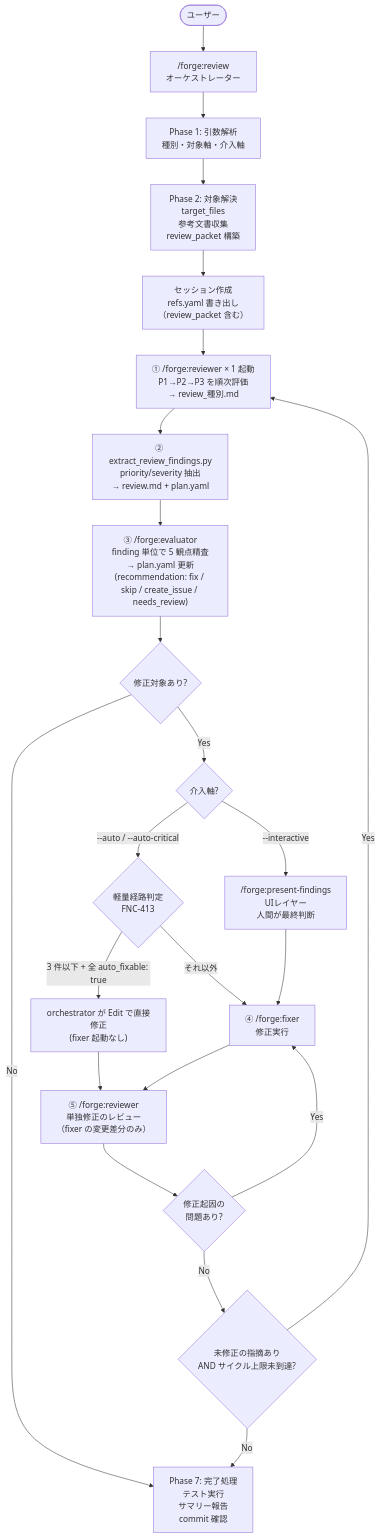
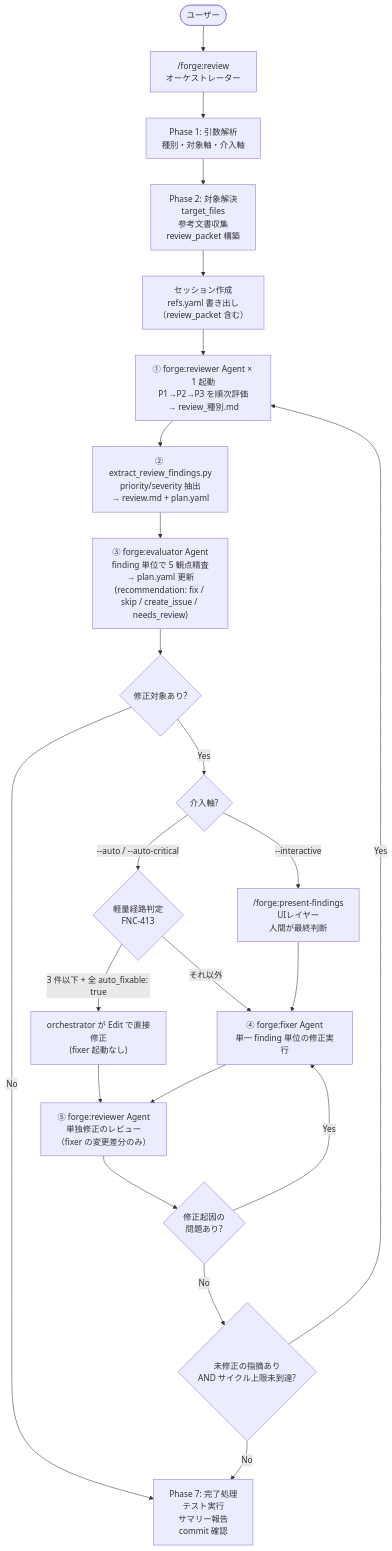
Before and after one commit to BlueEventHorizon/bw-cc-plugins: the first of 2 diagrams in docs/specs/forge/design/DES-015_review_workflow_design.md, drawn with Mermaid. The commit also changed other lines of this file and 19 other files, not shown here.

````diff
--- a/docs/specs/forge/design/DES-015_review_workflow_design.md
+++ b/docs/specs/forge/design/DES-015_review_workflow_design.md
@@ -56,43 +58,43 @@
 ```mermaid
 flowchart TD
     User([ユーザー]) --> ORCHESTRATOR
 
     ORCHESTRATOR["/forge:review<br>オーケストレーター"] --> PARSE
 
     PARSE["Phase 1: 引数解析<br>種別・対象軸・介入軸"] --> RESOLVE
 
     RESOLVE["Phase 2: 対象解決<br>target_files<br>参考文書収集<br>review_packet 構築"] --> SESSION
 
     SESSION["セッション作成<br>refs.yaml 書き出し<br>（review_packet 含む）"] --> REVIEWERS
 
-    REVIEWERS["① /forge:reviewer × 1 起動<br>P1→P2→P3 を順次評価<br>→ review_種別.md"] --> EXTRACT
+    REVIEWERS["① forge:reviewer Agent × 1 起動<br>P1→P2→P3 を順次評価<br>→ review_種別.md"] --> EXTRACT
 
     EXTRACT["② extract_review_findings.py<br>priority/severity 抽出<br>→ review.md + plan.yaml"] --> EVALUATORS
 
-    EVALUATORS["③ /forge:evaluator<br>finding 単位で 5 観点精査<br>→ plan.yaml 更新<br>(recommendation: fix / skip / create_issue / needs_review)"] --> FIX_CHECK
+    EVALUATORS["③ forge:evaluator Agent<br>finding 単位で 5 観点精査<br>→ plan.yaml 更新<br>(recommendation: fix / skip / create_issue / needs_review)"] --> FIX_CHECK
 
     FIX_CHECK{修正対象あり?} -->|"No"| COMPLETE
     FIX_CHECK -->|"Yes"| MODE_CHECK
 
     MODE_CHECK{介入軸?} -->|"--interactive"| PRESENT
     MODE_CHECK -->|"--auto / --auto-critical"| LIGHT_CHECK
 
     LIGHT_CHECK{軽量経路判定<br>FNC-413} -->|"3 件以下 + 全 auto_fixable: true"| DIRECT_EDIT
     LIGHT_CHECK -->|"それ以外"| FIXER
 
     DIRECT_EDIT["orchestrator が Edit で直接修正<br>(fixer 起動なし)"] --> RE_REVIEW
 
     PRESENT["/forge:present-findings<br>UIレイヤー<br>人間が最終判断"] --> FIXER
 
-    FIXER["④ /forge:fixer<br>修正実行"] --> RE_REVIEW
+    FIXER["④ forge:fixer Agent<br>単一 finding 単位の修正実行"] --> RE_REVIEW
 
-    RE_REVIEW["⑤ /forge:reviewer<br>単独修正のレビュー<br>（fixer の変更差分のみ）"] --> FIX_ISSUE_CHECK
+    RE_REVIEW["⑤ forge:reviewer Agent<br>単独修正のレビュー<br>（fixer の変更差分のみ）"] --> FIX_ISSUE_CHECK
 
     FIX_ISSUE_CHECK{修正起因の<br>問題あり?} -->|"Yes"| FIXER
     FIX_ISSUE_CHECK -->|"No"| CYCLE_CHECK
 
     CYCLE_CHECK{未修正の指摘あり<br>AND サイクル上限未到達?} -->|"Yes"| REVIEWERS
     CYCLE_CHECK -->|"No"| COMPLETE
 
     COMPLETE["Phase 7: 完了処理<br>テスト実行<br>サマリー報告<br>commit 確認"]
 ```
````
